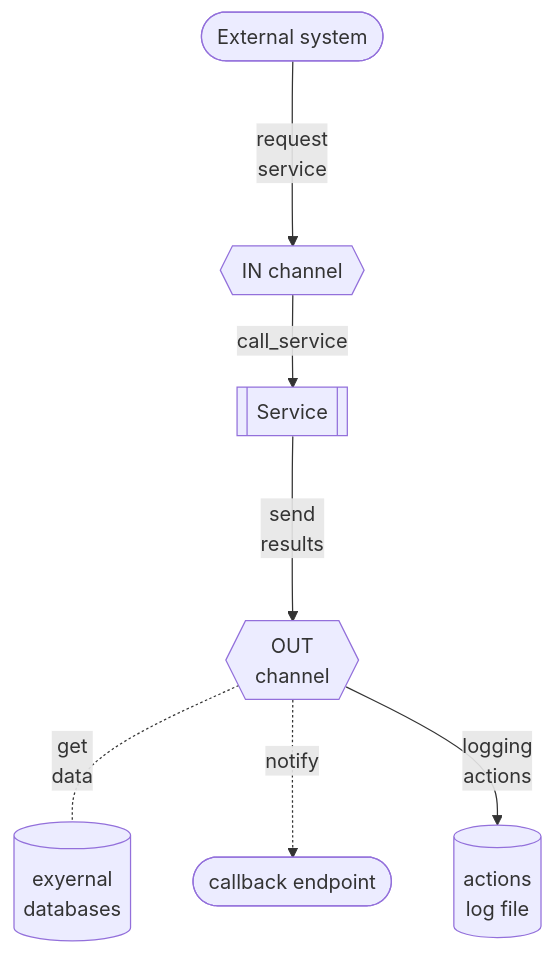
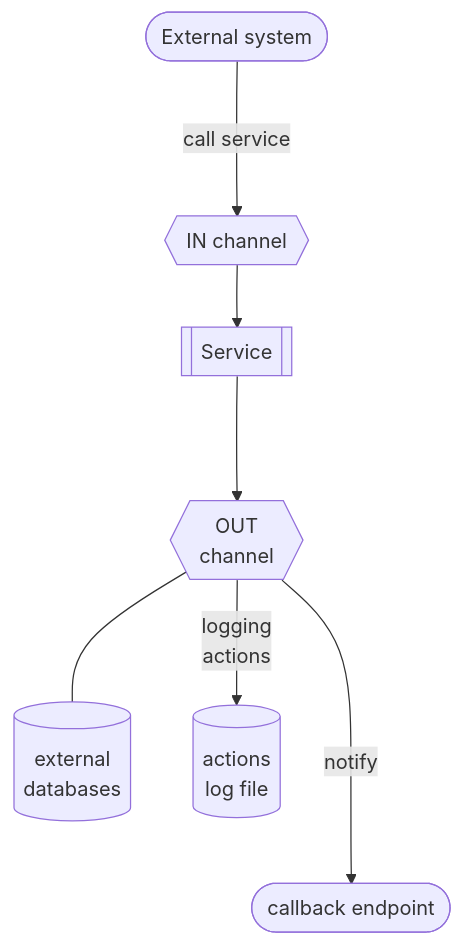
The diagram in doc_src/810-DSGN/130.02-Overview.md (petre-renware/arint), drawn with Mermaid before and after one commit.

````diff
--- a/doc_src/810-DSGN/130.02-Overview.md
+++ b/doc_src/810-DSGN/130.02-Overview.md
@@ -24,19 +24,19 @@
 ``` mermaid
 graph TD
     SRV[[Service]]
     EXT([External system])
     INCH{{IN channel}}
-    DTB[(exyernal \n databases)]
+    DTB[(external \n databases)]
     OUTCH{{OUT \n channel}}
     CALLBCK([callback endpoint])
     LOGFILE[(actions \n log file)]
     
-    EXT --->|request \n service| INCH
-    INCH --> |call_service| SRV
-    SRV --->|send \n results| OUTCH
+    EXT --->|call service| INCH
+    INCH --> SRV
+    SRV ---> OUTCH
     
-    OUTCH -.- |get \n data| DTB
-    OUTCH -.-> |notify| CALLBCK
+    OUTCH --- DTB
+    OUTCH ---> |notify| CALLBCK
     OUTCH --> |logging \n actions| LOGFILE
 
 ```
````
